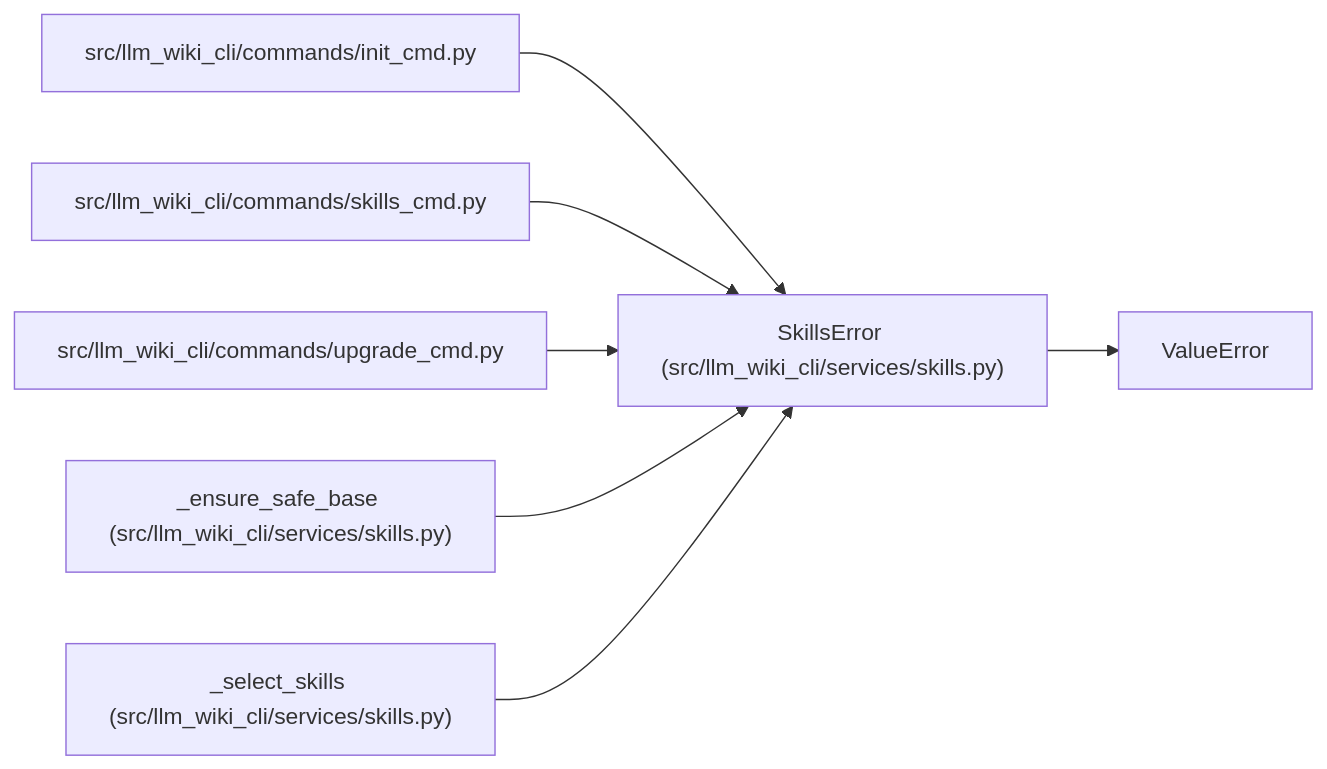
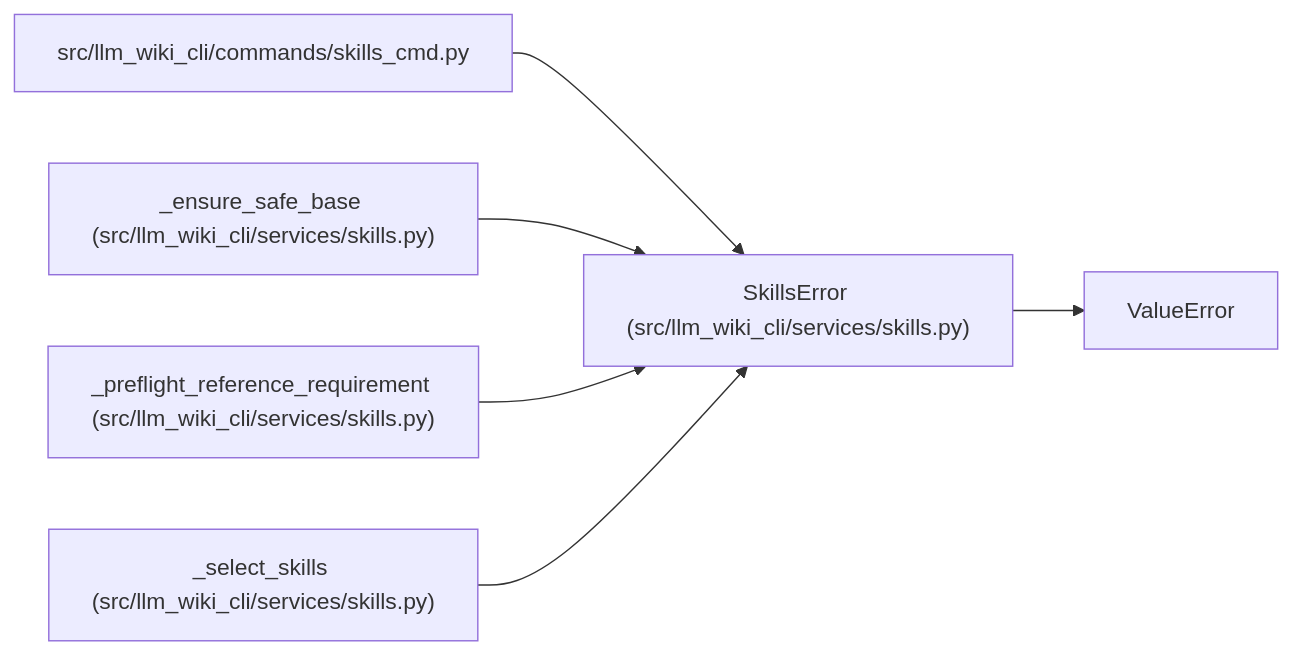
The diagram in docs/llm_wiki/entities/SkillsError.md (Denissvgn/python-wiki-llm), drawn with Mermaid before and after one commit. The commit also changed other lines of this file and 364 other files, not shown here.

````diff
--- a/docs/llm_wiki/entities/SkillsError.md
+++ b/docs/llm_wiki/entities/SkillsError.md
@@ -23,22 +23,19 @@
 ```mermaid
 flowchart LR
     n0["SkillsError (src/llm_wiki_cli/services/skills.py)"]
     n1["ValueError"]
-    n2["src/llm_wiki_cli/commands/init_cmd.py"]
-    n3["src/llm_wiki_cli/commands/skills_cmd.py"]
-    n4["src/llm_wiki_cli/commands/upgrade_cmd.py"]
-    n5["_ensure_safe_base (src/llm_wiki_cli/services/skills.py)"]
-    n6["_select_skills (src/llm_wiki_cli/services/skills.py)"]
+    n2["src/llm_wiki_cli/commands/skills_cmd.py"]
+    n3["_ensure_safe_base (src/llm_wiki_cli/services/skills.py)"]
+    n4["_preflight_reference_requirement (src/llm_wiki_cli/services/skills.py)"]
+    n5["_select_skills (src/llm_wiki_cli/services/skills.py)"]
     n0 --> n1
     n2 --> n0
     n3 --> n0
     n4 --> n0
     n5 --> n0
-    n6 --> n0
     click n0 "../modules/skills.md"
-    click n2 "../modules/init_cmd.md"
-    click n3 "../modules/skills_cmd.md"
-    click n4 "../modules/upgrade_cmd.md"
+    click n2 "../modules/skills_cmd.md"
+    click n3 "../modules/skills.md"
+    click n4 "../modules/skills.md"
     click n5 "../modules/skills.md"
-    click n6 "../modules/skills.md"
 ```
````
